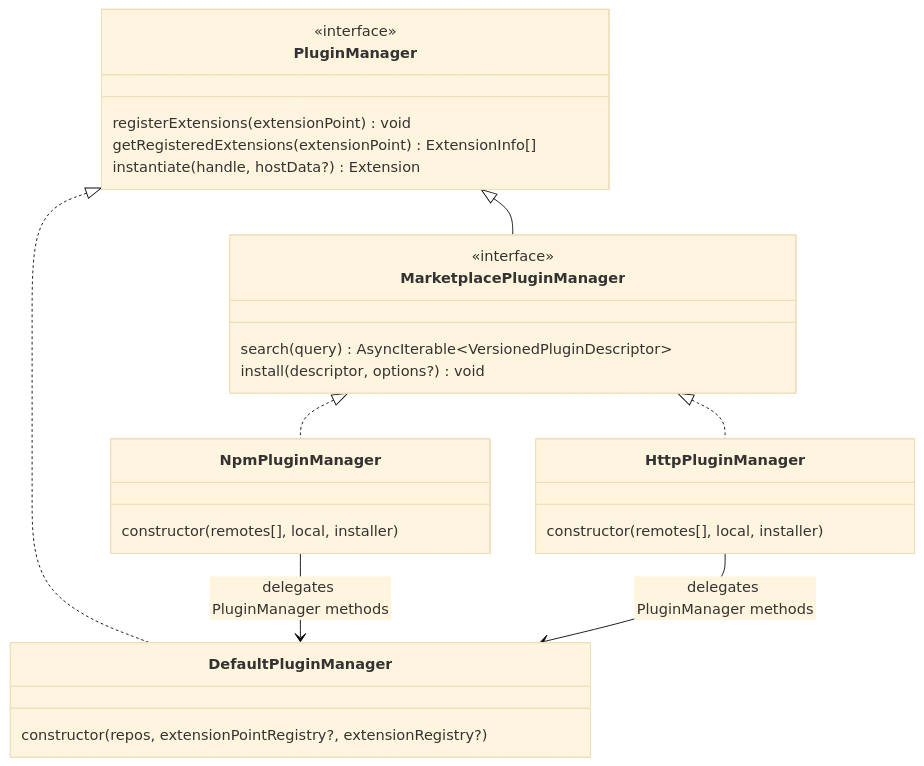
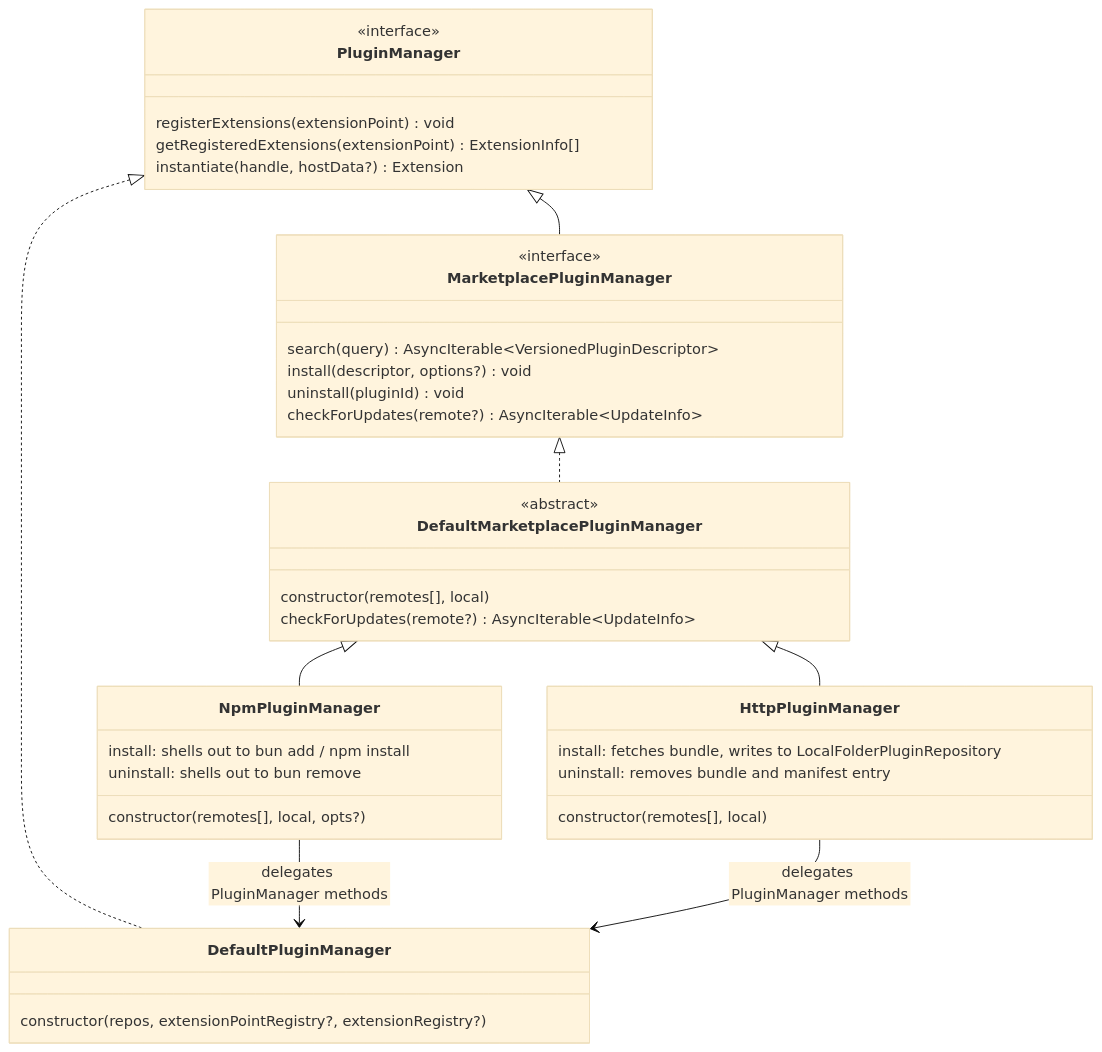
The fifth of 7 diagrams in README/implementation-details.md (flowscripter/dynamic-plugin-framework), drawn with Mermaid (base theme) before and after one commit. The commit also changed other lines of this file and 13 other files, not shown here.

Commit message:
refactor: migrate PluginInstaller functionality into MarketPlacePluginManager

````diff
--- a/README/implementation-details.md
+++ b/README/implementation-details.md
@@ -203,34 +181,47 @@
 ```mermaid
 classDiagram
     class PluginManager {
         <<interface>>
         registerExtensions(extensionPoint) void
         getRegisteredExtensions(extensionPoint) ExtensionInfo[]
         instantiate(handle, hostData?) Extension
     }
 
     class MarketplacePluginManager {
         <<interface>>
         search(query) AsyncIterable~VersionedPluginDescriptor~
         install(descriptor, options?) void
+        uninstall(pluginId) void
+        checkForUpdates(remote?) AsyncIterable~UpdateInfo~
     }
 
     class DefaultPluginManager {
         constructor(repos, extensionPointRegistry?, extensionRegistry?)
     }
 
+    class DefaultMarketplacePluginManager {
+        <<abstract>>
+        constructor(remotes[], local)
+        checkForUpdates(remote?) AsyncIterable~UpdateInfo~
+    }
+
     class NpmPluginManager {
-        constructor(remotes[], local, installer)
+        constructor(remotes[], local, opts?)
+        install: shells out to bun add / npm install
+        uninstall: shells out to bun remove
     }
 
     class HttpPluginManager {
-        constructor(remotes[], local, installer)
+        constructor(remotes[], local)
+        install: fetches bundle, writes to LocalFolderPluginRepository
+        uninstall: removes bundle and manifest entry
     }
 
     PluginManager <|.. DefaultPluginManager
     PluginManager <|-- MarketplacePluginManager
-    MarketplacePluginManager <|.. NpmPluginManager
-    MarketplacePluginManager <|.. HttpPluginManager
+    MarketplacePluginManager <|.. DefaultMarketplacePluginManager
+    DefaultMarketplacePluginManager <|-- NpmPluginManager
+    DefaultMarketplacePluginManager <|-- HttpPluginManager
     NpmPluginManager --> DefaultPluginManager : delegates PluginManager methods
     HttpPluginManager --> DefaultPluginManager : delegates PluginManager methods
 ```
````
